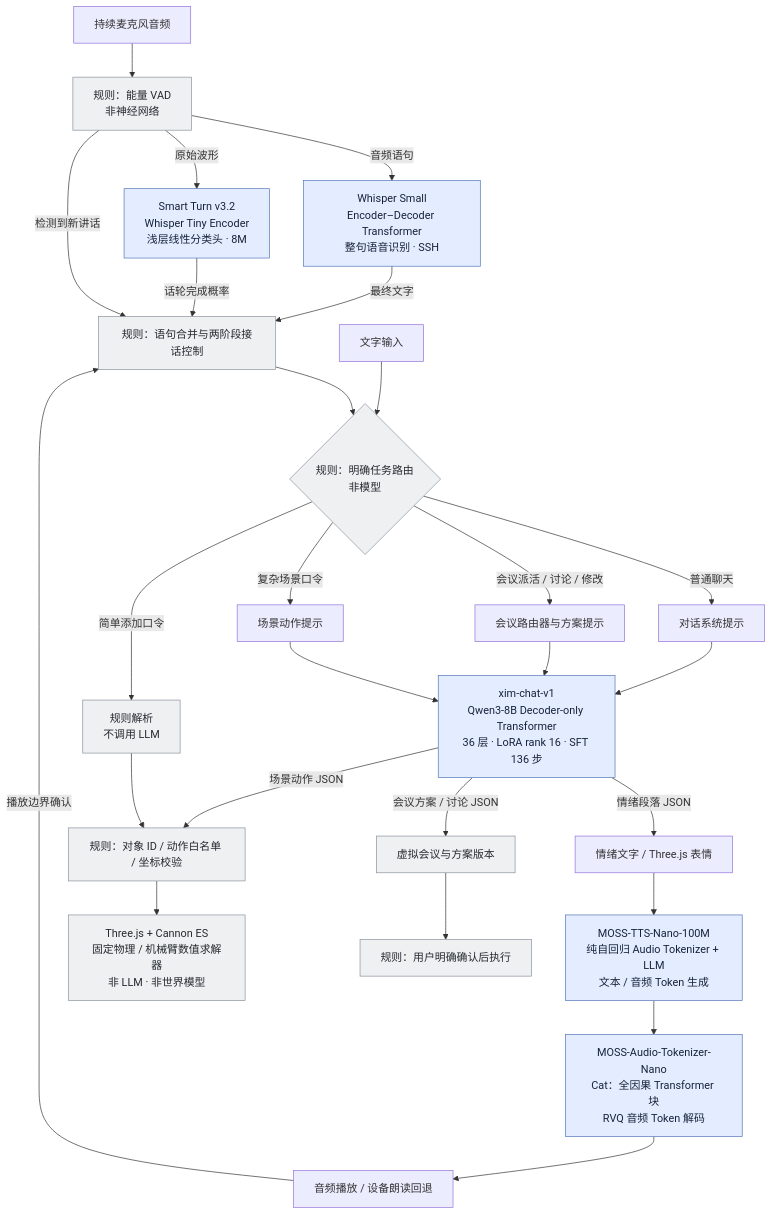
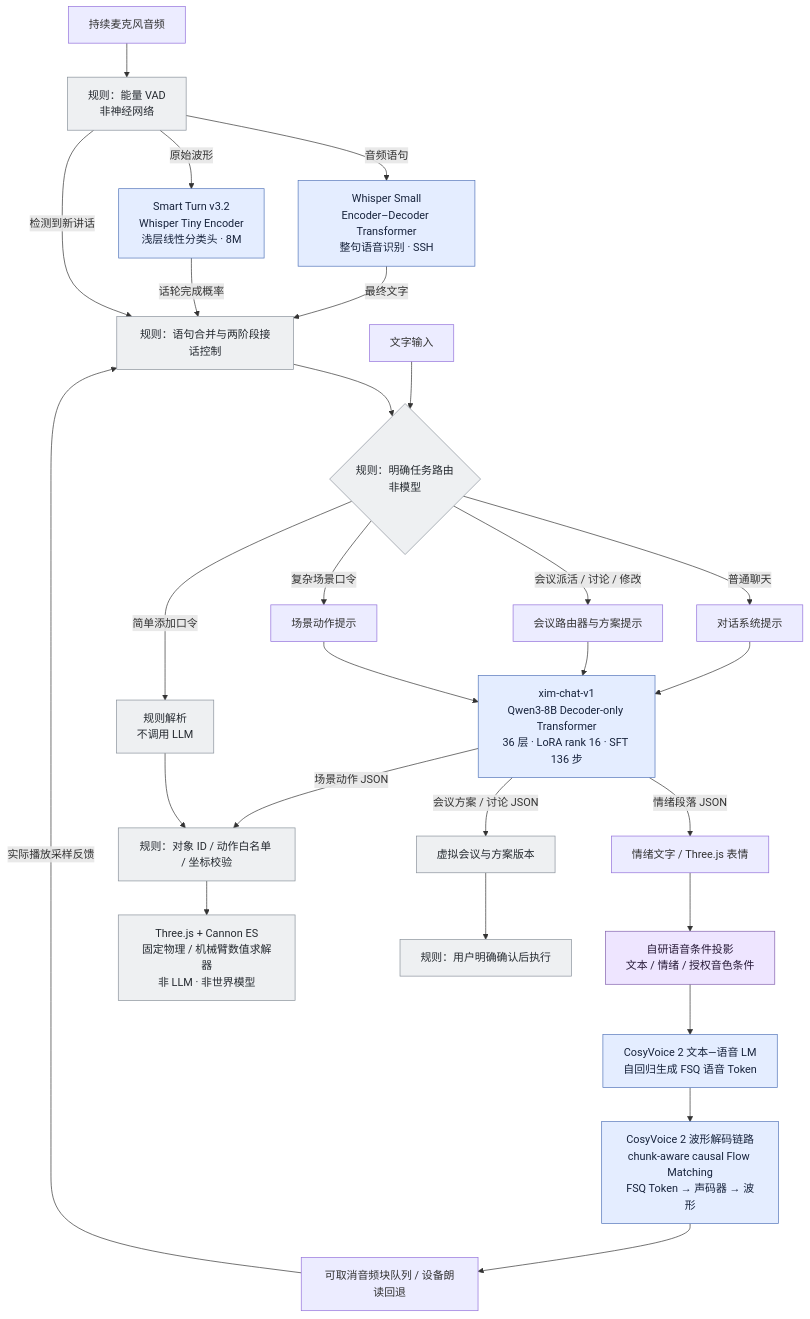
One commit to wuki-creator/Xim-duplex changed the second of 2 diagrams in README.md. Above: the diagram before and after it, drawn with Mermaid. The commit also changed other lines of this file and 3 other files, not shown here.

Commit message:
docs: replace legacy speech models in architecture diagrams

````diff
--- a/README.md
+++ b/README.md
@@ -79,37 +79,40 @@
 ```mermaid
 flowchart TD
     MIC[持续麦克风音频] --> VAD[规则：能量 VAD<br/>非神经网络]
     VAD -->|音频语句| ASR[Whisper Small<br/>Encoder–Decoder Transformer<br/>整句语音识别 · SSH]
     VAD -->|原始波形| TURN[Smart Turn v3.2<br/>Whisper Tiny Encoder<br/>浅层线性分类头 · 8M]
     ASR -->|最终文字| GATE[规则：语句合并与两阶段接话控制]
     TURN -->|话轮完成概率| GATE
     TEXT[文字输入] --> ROUTER
     GATE --> ROUTER{规则：明确任务路由<br/>非模型}
 
     ROUTER -->|普通聊天| CHATP[对话系统提示]
     ROUTER -->|会议派活 / 讨论 / 修改| MEETP[会议路由器与方案提示]
     ROUTER -->|复杂场景口令| SCENEP[场景动作提示]
     ROUTER -->|简单添加口令| SIMPLE[规则解析<br/>不调用 LLM]
 
     CHATP --> LLM[xim-chat-v1<br/>Qwen3-8B Decoder-only Transformer<br/>36 层 · LoRA rank 16 · SFT 136 步]
     MEETP --> LLM
     SCENEP --> LLM
 
     LLM -->|情绪段落 JSON| UI[情绪文字 / Three.js 表情]
     LLM -->|会议方案 / 讨论 JSON| ROOM[虚拟会议与方案版本]
     LLM -->|场景动作 JSON| CHECK[规则：对象 ID / 动作白名单 / 坐标校验]
     SIMPLE --> CHECK
     ROOM --> CONFIRM[规则：用户明确确认后执行]
     CHECK --> WORLD[Three.js + Cannon ES<br/>固定物理 / 机械臂数值求解器<br/>非 LLM · 非世界模型]
 
-    UI --> TTS[MOSS-TTS-Nano-100M<br/>纯自回归 Audio Tokenizer + LLM<br/>文本 / 音频 Token 生成]
-    TTS --> CODEC[MOSS-Audio-Tokenizer-Nano<br/>Cat：全因果 Transformer 块<br/>RVQ 音频 Token 解码]
-    CODEC --> PLAY[音频播放 / 设备朗读回退]
-    PLAY -->|播放边界确认| GATE
+    UI --> VCOND[自研语音条件投影<br/>文本 / 情绪 / 授权音色条件]
+    VCOND --> TTS[CosyVoice 2 文本—语音 LM<br/>自回归生成 FSQ 语音 Token]
+    TTS --> FLOW[CosyVoice 2 波形解码链路<br/>chunk-aware causal Flow Matching<br/>FSQ Token → 声码器 → 波形]
+    FLOW --> PLAY[可取消音频块队列 / 设备朗读回退]
+    PLAY -->|实际播放采样反馈| GATE
     VAD -->|检测到新讲话| GATE
 
     classDef model fill:#e4edff,stroke:#5274b9,color:#17233c;
+    classDef train fill:#eee5ff,stroke:#8260ac,color:#281b39;
     classDef rule fill:#eef0f2,stroke:#89919b,color:#252a30;
-    class ASR,TURN,LLM,TTS,CODEC model;
+    class ASR,TURN,LLM,TTS,FLOW model;
+    class VCOND train;
     class VAD,GATE,ROUTER,SIMPLE,ROOM,CONFIRM,CHECK,WORLD rule;
 ```
````
